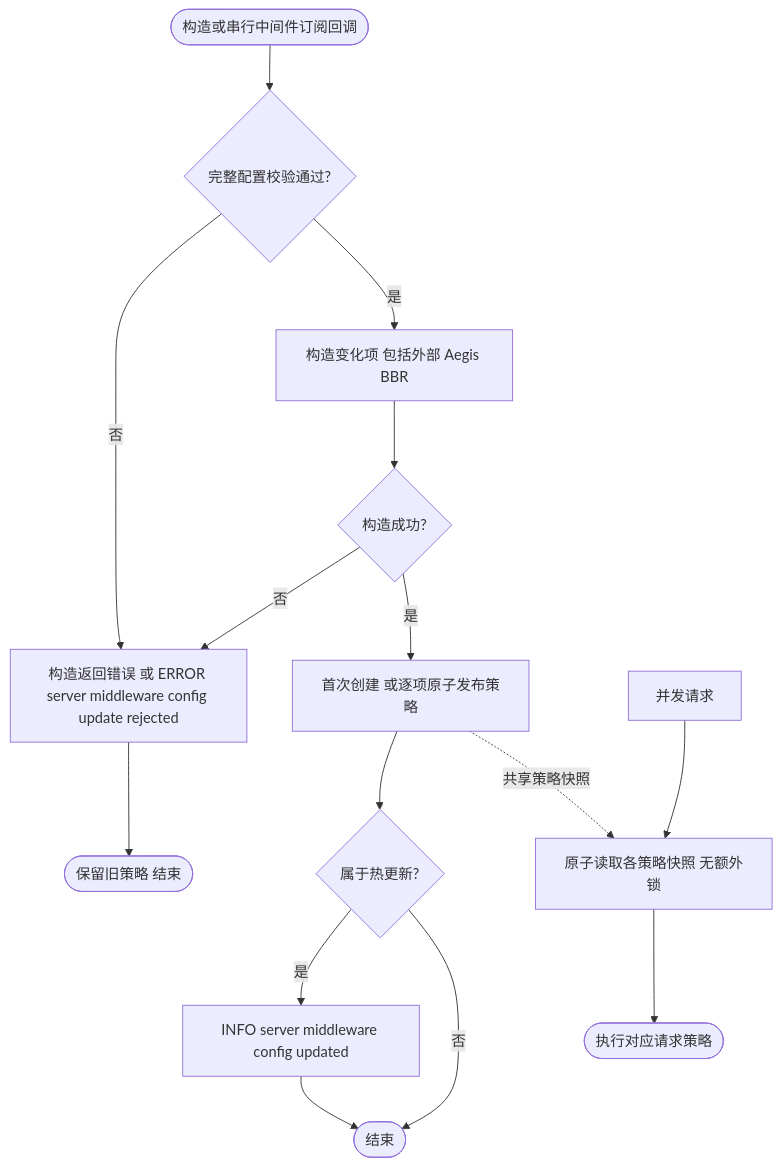
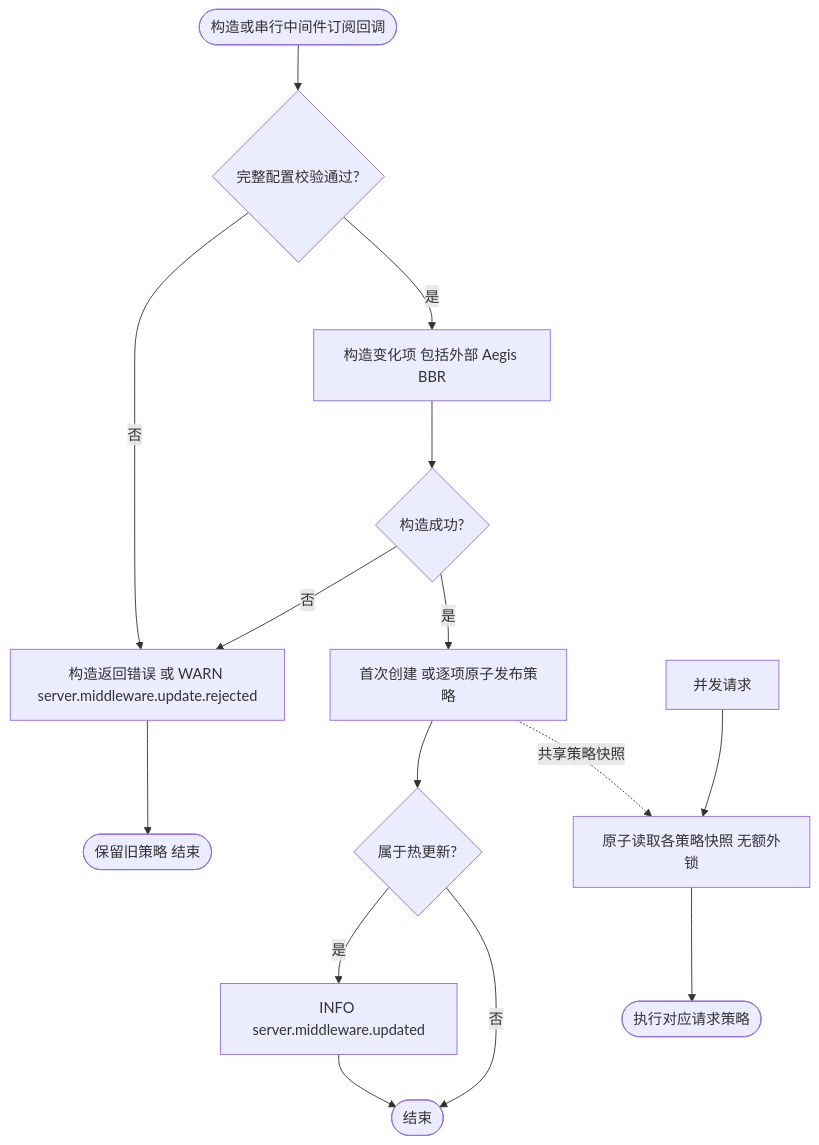
Before and after one commit to jaggerzhuang1994/kratos-foundation: the fourth of 11 diagrams in pkg/server/README.md, drawn with Mermaid. The commit also changed other lines of this file and 204 other files, not shown here.

````diff
--- a/pkg/server/README.md
+++ b/pkg/server/README.md
@@ -81,17 +135,17 @@
 ```mermaid
 flowchart TD
     A([构造或串行中间件订阅回调]) --> B{完整配置校验通过?}
-    B -- 否 --> C[构造返回错误 或 ERROR server middleware config update rejected]
+    B -- 否 --> C[构造返回错误 或 WARN server.middleware.update.rejected]
     C --> D([保留旧策略 结束])
     B -- 是 --> E[构造变化项 包括外部 Aegis BBR]
     E --> F{构造成功?}
     F -- 否 --> C
     F -- 是 --> G[首次创建 或逐项原子发布策略]
     G --> H{属于热更新?}
-    H -- 是 --> M[INFO server middleware config updated]
+    H -- 是 --> M[INFO server.middleware.updated]
     H -- 否 --> I([结束])
     M --> I
     J[并发请求] --> K[原子读取各策略快照 无额外锁]
     G -. 共享策略快照 .-> K
     K --> L([执行对应请求策略])
 ```
````
